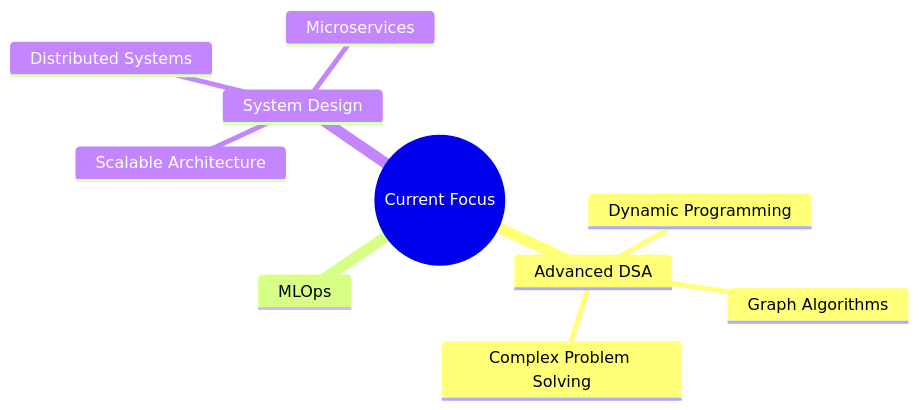
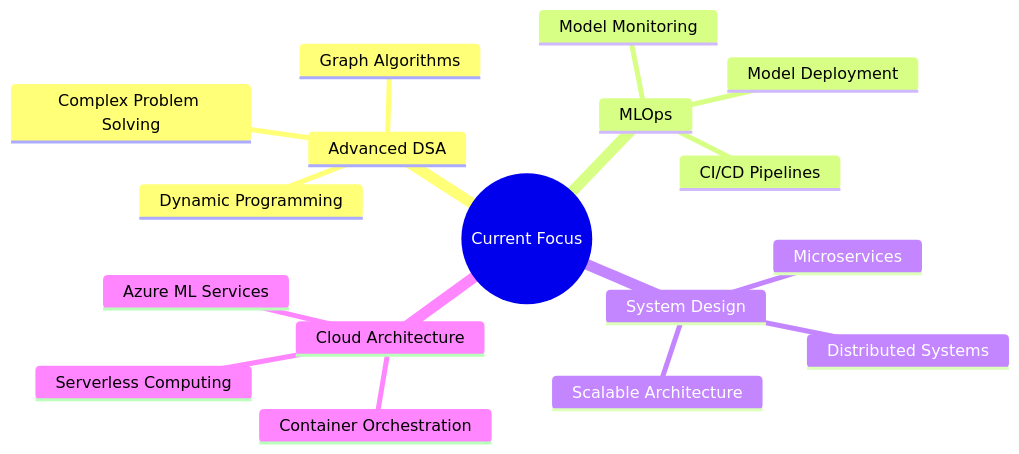
One commit to VISHNU-VARDHAN-MAMIDISETTI1/VISHNU-VARDHAN-MAMIDISETTI1 changed the diagram in README.md. Above: the diagram before and after it, drawn with Mermaid. The commit also changed other lines of this file, not shown here.

````diff
--- a/README.md
+++ b/README.md
@@ -182,13 +232,20 @@
 ```mermaid
 mindmap
   root((Current Focus))
     Advanced DSA
       Dynamic Programming
       Graph Algorithms
       Complex Problem Solving
     MLOps
+      Model Deployment
+      CI/CD Pipelines
+      Model Monitoring
     System Design
       Scalable Architecture
       Distributed Systems
       Microservices
+    Cloud Architecture
+      Azure ML Services
+      Serverless Computing
+      Container Orchestration
 ```
````
